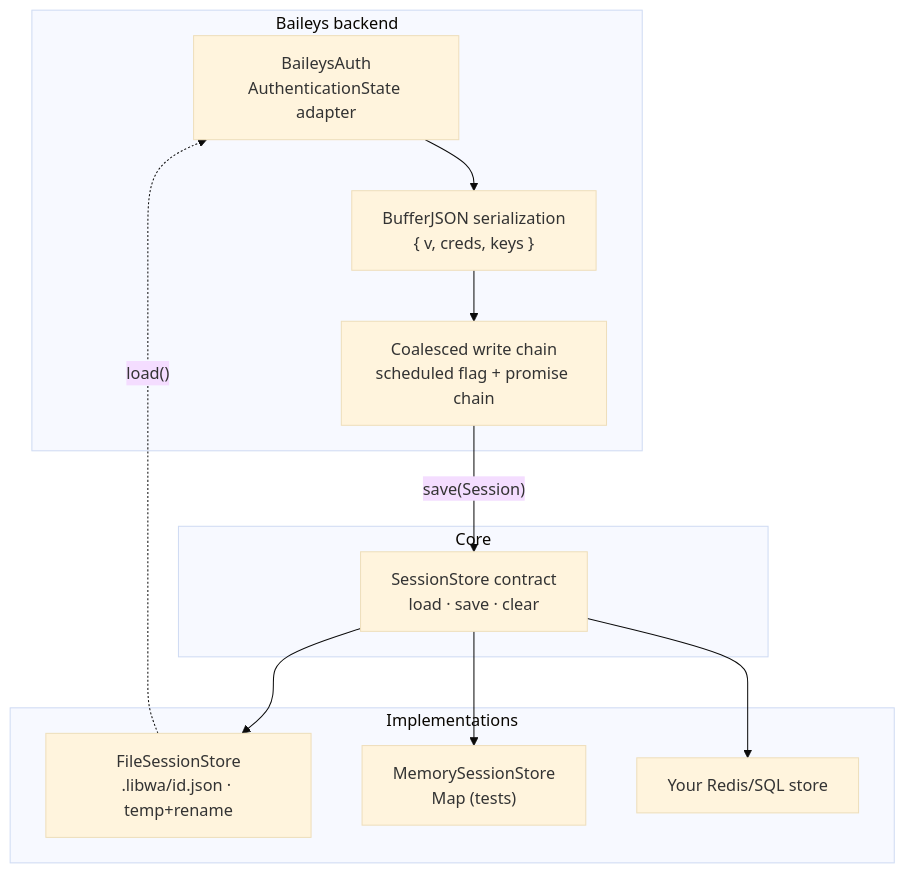
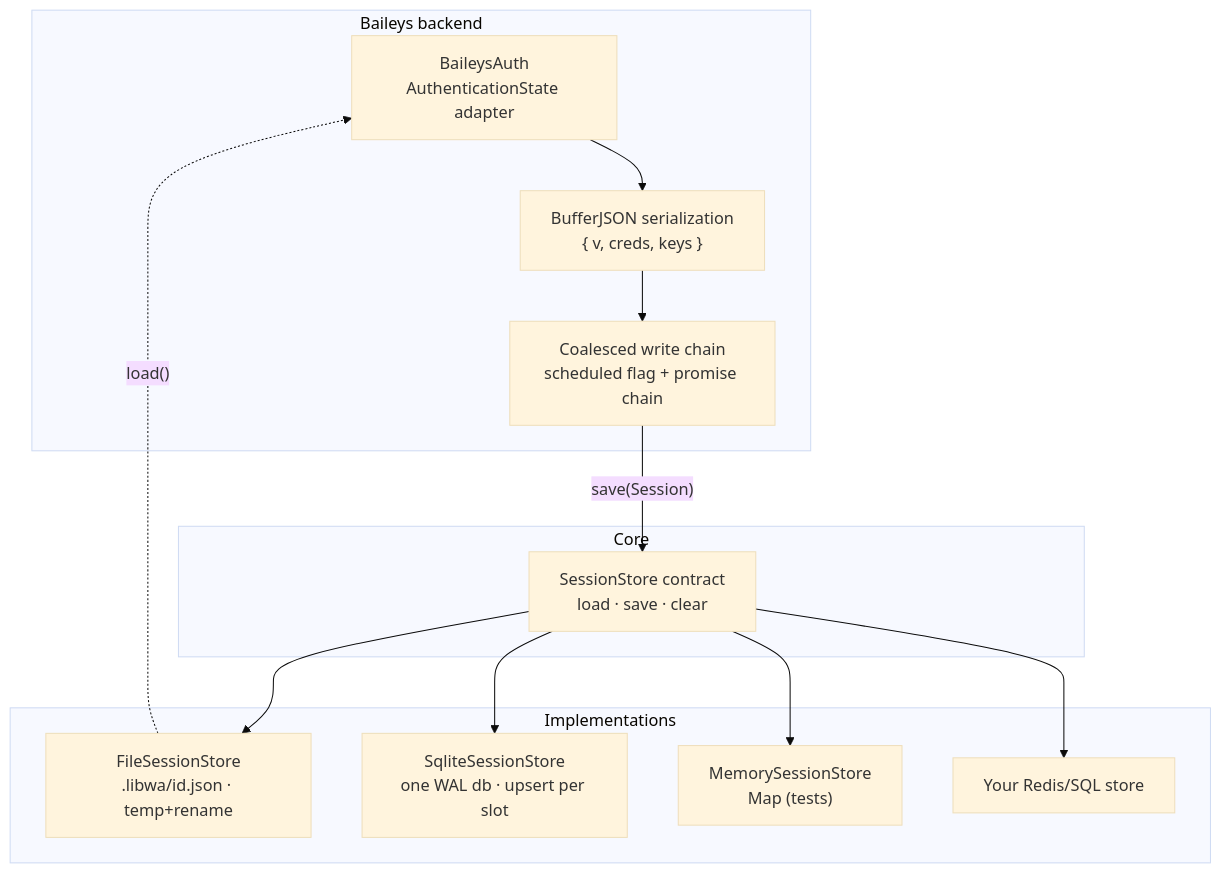
The first of 2 diagrams in architecture/sessions.md (Gustavo10Destroyer/libwa-docs), drawn with Mermaid (base theme) before and after one commit. The commit also changed other lines of this file and 29 other files, not shown here.

````diff
--- a/architecture/sessions.md
+++ b/architecture/sessions.md
@@ -5,22 +5,24 @@
 ```mermaid
 flowchart TD
     subgraph Backend["Baileys backend"]
         Auth["BaileysAuth<br/>AuthenticationState adapter"]
         Ser["BufferJSON serialization<br/>{ v, creds, keys }"]
         Coalesce["Coalesced write chain<br/>scheduled flag + promise chain"]
     end
     subgraph Core["Core"]
         SS["SessionStore contract<br/>load · save · clear"]
     end
     subgraph Stores["Implementations"]
         FS["FileSessionStore<br/>.libwa/id.json · temp+rename"]
+        SQ["SqliteSessionStore<br/>one WAL db · upsert per slot"]
         MS["MemorySessionStore<br/>Map (tests)"]
         Custom["Your Redis/SQL store"]
     end
     Auth --> Ser --> Coalesce
     Coalesce -->|"save(Session)"| SS
     SS --> FS
+    SS --> SQ
     SS --> MS
     SS --> Custom
     FS -.->|"load()"| Auth
 ```
````
